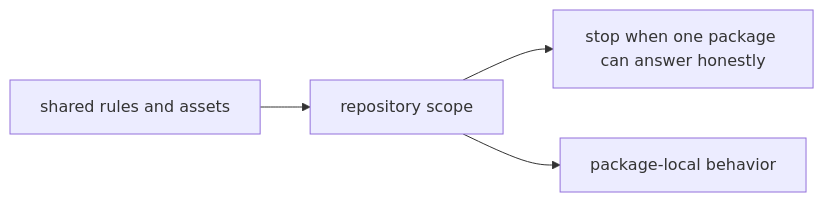
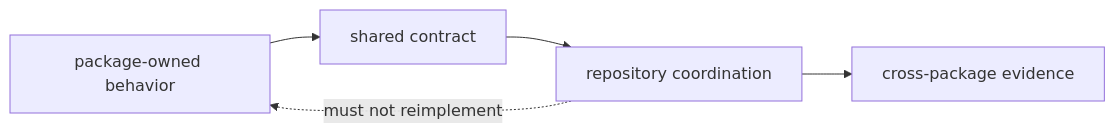
The first of 2 diagrams in docs/01-bijux-canon/foundation/repository-scope.md (bijux/bijux-canon), drawn with Mermaid before and after one commit. The commit also changed other lines of this file and 2 other files, not shown here.

Commit message:
docs(platform): define package authority and repository scope

````diff
--- a/docs/01-bijux-canon/foundation/repository-scope.md
+++ b/docs/01-bijux-canon/foundation/repository-scope.md
@@ -18,11 +19,10 @@
 ```mermaid
 flowchart LR
-    shared["shared rules and assets"]
-    root["repository scope"]
-    packages["package-local behavior"]
-    stop["stop when one package can answer honestly"]
+    package["package-owned behavior"]
+    contract["shared contract"]
+    root["repository coordination"]
+    evidence["cross-package evidence"]
 
-    shared --> root
-    root --> stop
-    root --> packages
+    package --> contract --> root --> evidence
+    root -. "must not reimplement" .-> package
 ```
````
